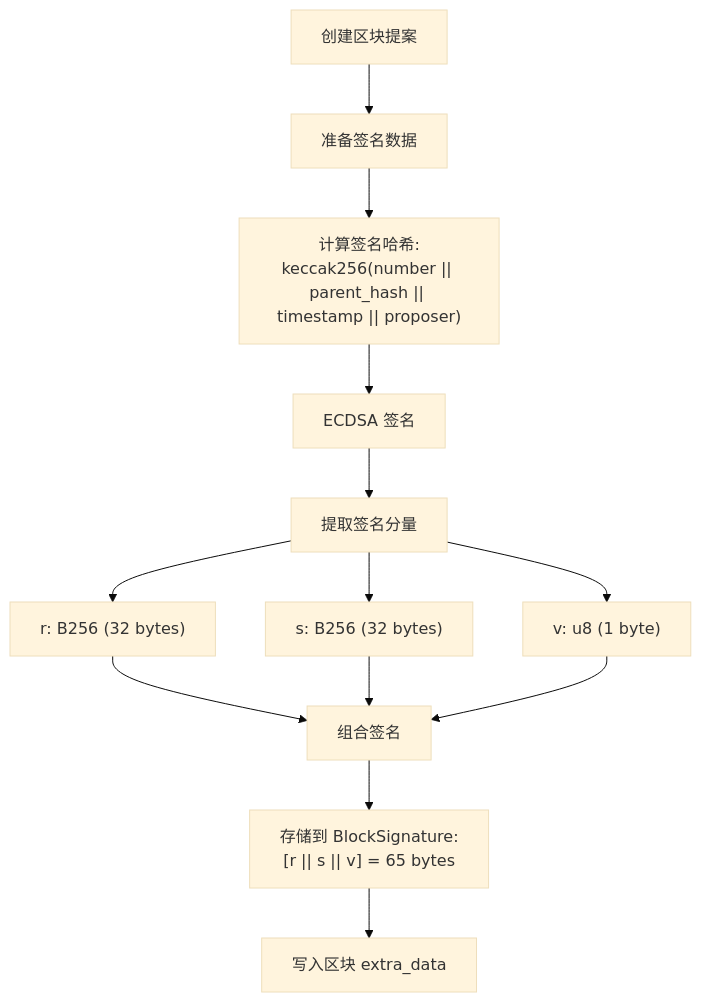
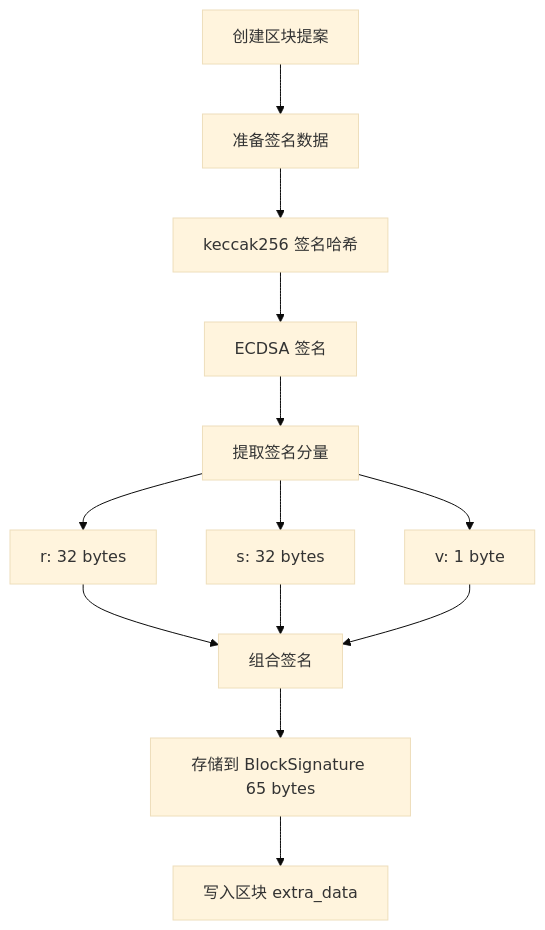
Before and after one commit to J1a-wei/reth-demo: the second of 4 diagrams in notes/03-block-production.md, drawn with Mermaid (base theme). The commit also changed other lines of this file, not shown here.

````diff
--- a/notes/03-block-production.md
+++ b/notes/03-block-production.md
@@ -75,21 +75,21 @@
 ```mermaid
 flowchart TD
     START[创建区块提案] --> PREPARE[准备签名数据]
 
-    PREPARE --> HASH_DATA["计算签名哈希:<br/>keccak256(number || parent_hash || timestamp || proposer)"]
+    PREPARE --> HASH_DATA["keccak256 签名哈希"]
 
     HASH_DATA --> SIGN[ECDSA 签名]
     SIGN --> EXTRACT[提取签名分量]
 
-    EXTRACT --> R["r: B256 (32 bytes)"]
-    EXTRACT --> S["s: B256 (32 bytes)"]
-    EXTRACT --> V["v: u8 (1 byte)"]
+    EXTRACT --> R["r: 32 bytes"]
+    EXTRACT --> S["s: 32 bytes"]
+    EXTRACT --> V["v: 1 byte"]
 
     R --> COMBINE[组合签名]
     S --> COMBINE
     V --> COMBINE
 
-    COMBINE --> STORE["存储到 BlockSignature:<br/>[r || s || v] = 65 bytes"]
+    COMBINE --> STORE["存储到 BlockSignature 65 bytes"]
 
     STORE --> EXTRA_DATA[写入区块 extra_data]
 ```
````
